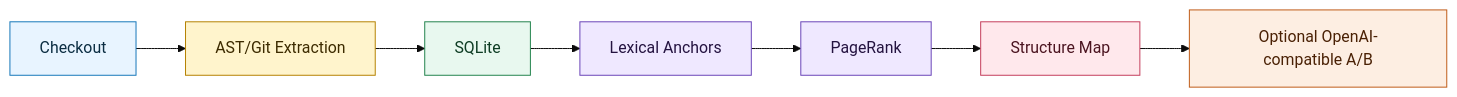
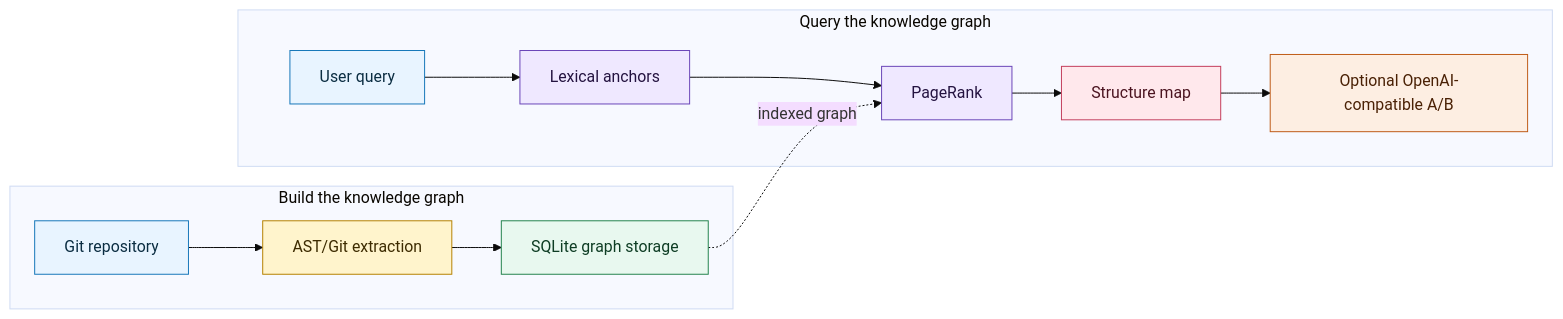
The diagram in _posts/2026-08-30-building-code-knowledge-graphs.md (dzlab/dzlab.github.io), drawn with Mermaid (base theme) before and after one commit.

Commit message:
Split graph build and query workflow

````diff
--- a/_posts/2026-08-30-building-code-knowledge-graphs.md
+++ b/_posts/2026-08-30-building-code-knowledge-graphs.md
@@ -62,22 +62,25 @@
 ```mermaid
 flowchart LR
-    A[Checkout] --> B[AST/Git Extraction]
-    B --> C[SQLite]
-    C --> D[Lexical Anchors]
-    D --> E[PageRank]
-    E --> F[Structure Map]
-    F --> G[Optional OpenAI-compatible A/B]
+    subgraph BUILD["Build the knowledge graph"]
+        A[Git repository] --> B[AST/Git extraction] --> C[SQLite graph storage]
+    end
+
+    subgraph QUERY["Query the knowledge graph"]
+        Q[User query] --> D[Lexical anchors] --> E[PageRank] --> F[Structure map] --> G[Optional OpenAI-compatible A/B]
+    end
+
+    C -. "indexed graph" .-> E
 
     classDef input fill:#e8f4ff,stroke:#1677b9,color:#0b2d42;
     classDef extraction fill:#fff4cc,stroke:#b58100,color:#3d2b00;
     classDef storage fill:#e8f8ef,stroke:#23834d,color:#0e3d24;
     classDef retrieval fill:#efe8ff,stroke:#6a45b8,color:#241340;
     classDef context fill:#ffe8ec,stroke:#c43e5c,color:#4b1420;
     classDef llm fill:#fdeee2,stroke:#bf5b17,color:#4a2105;
-    class A input;
+    class A,Q input;
     class B extraction;
     class C storage;
     class D,E retrieval;
     class F context;
     class G llm;
 ```
````
